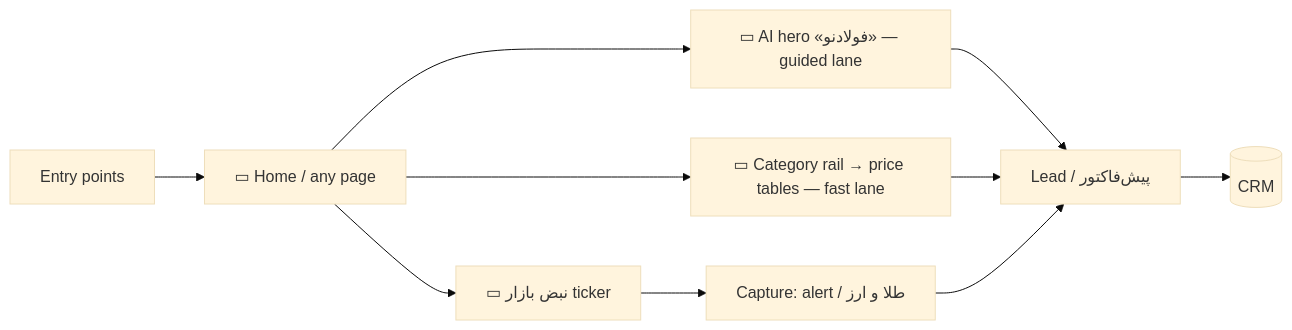
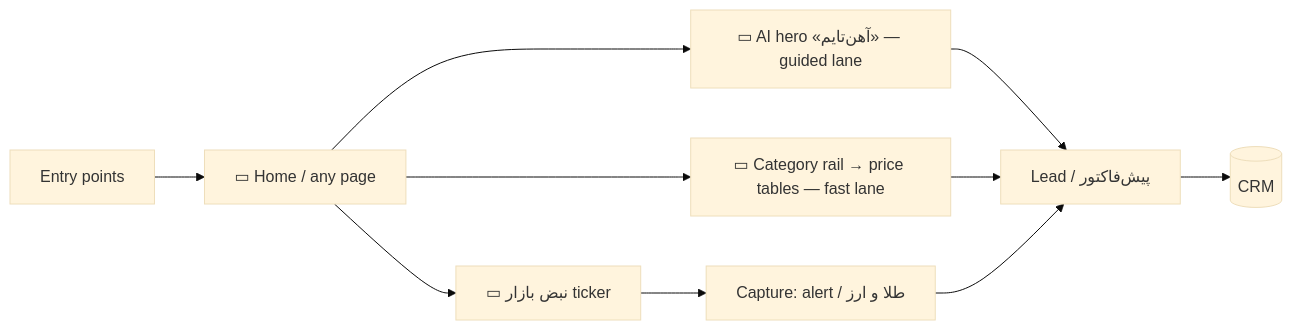
Before and after one commit to Am1eza/Iron: the first of 9 diagrams in product/ux-flow.md, drawn with Mermaid (base theme). The commit also changed other lines of this file and 90 other files, not shown here.

First line of the commit message:
Rebrand to آهن‌تایم/ahantime + AI advisor chat + live «time» signature

````diff
--- a/product/ux-flow.md
+++ b/product/ux-flow.md
@@ -25,12 +25,12 @@
 ```mermaid
 flowchart LR
   E[Entry points] --> H[▭ Home / any page]
-  H --> AI[▭ AI hero «فولادنو» — guided lane]
+  H --> AI[▭ AI hero «آهن‌تایم» — guided lane]
   H --> RAIL[▭ Category rail → price tables — fast lane]
   H --> TICK[▭ نبض بازار ticker]
   AI --> LEAD[Lead / پیش‌فاکتور]
   RAIL --> LEAD
   TICK --> CAP[Capture: alert / طلا و ارز]
   LEAD --> CRM[(CRM)]
   CAP --> LEAD
 ```
````
